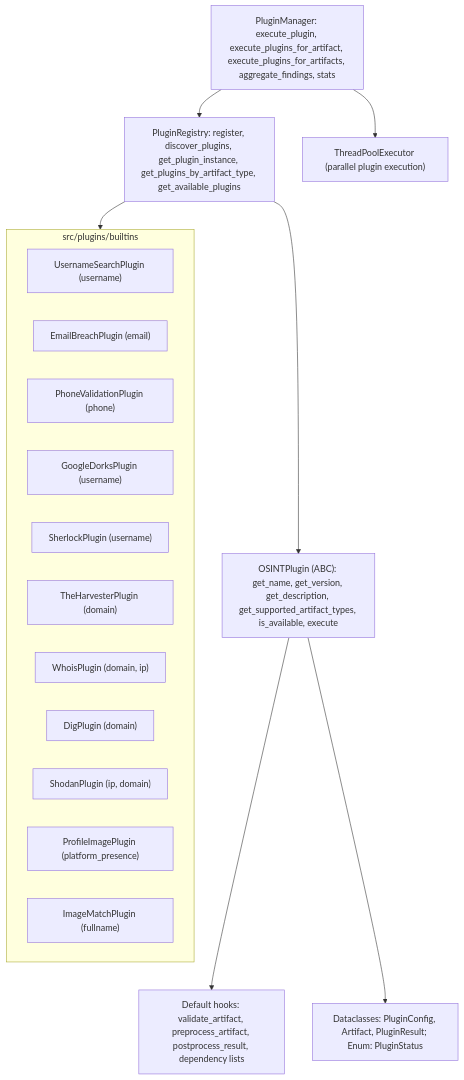
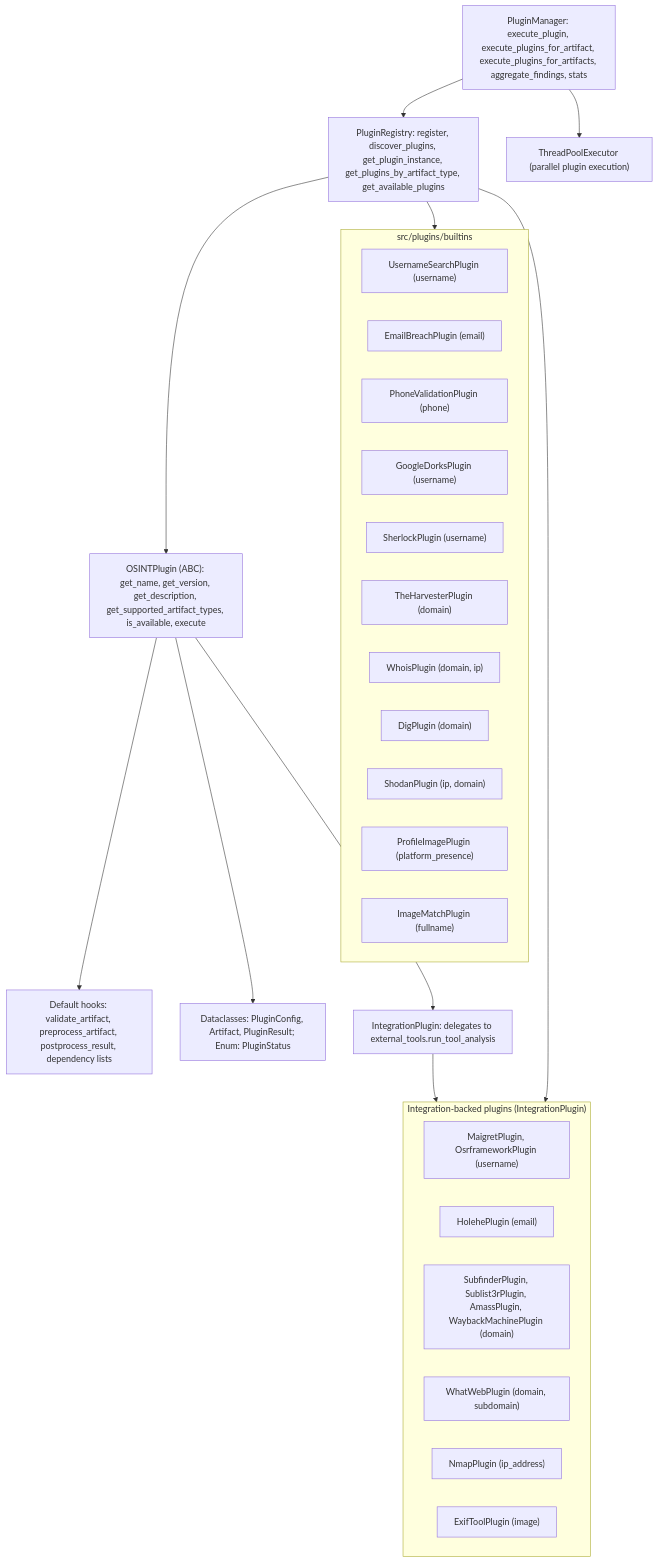
One commit to dhayarajas/gih changed the sixth of 13 diagrams in docs/ARCHITECTURE.md. Above: the diagram before and after it, drawn with Mermaid. The commit also changed other lines of this file and 19 other files, not shown here.

First line of the commit message:
Give every integrated OSINT tool a plugin, and integrate osrframework

````diff
--- a/docs/ARCHITECTURE.md
+++ b/docs/ARCHITECTURE.md
@@ -297,30 +297,44 @@
 ```mermaid
 graph TD
     BASE["OSINTPlugin (ABC): get_name, get_version, get_description, get_supported_artifact_types, is_available, execute"]
     HOOKS["Default hooks: validate_artifact, preprocess_artifact, postprocess_result, dependency lists"]
     TYPES["Dataclasses: PluginConfig, Artifact, PluginResult; Enum: PluginStatus"]
     REG["PluginRegistry: register, discover_plugins, get_plugin_instance, get_plugins_by_artifact_type, get_available_plugins"]
     MAN["PluginManager: execute_plugin, execute_plugins_for_artifact, execute_plugins_for_artifacts, aggregate_findings, stats"]
     POOL["ThreadPoolExecutor (parallel plugin execution)"]
 
     subgraph Builtins["src/plugins/builtins"]
         B1["UsernameSearchPlugin (username)"]
         B2["EmailBreachPlugin (email)"]
         B3["PhoneValidationPlugin (phone)"]
         B4["GoogleDorksPlugin (username)"]
         B5["SherlockPlugin (username)"]
         B6["TheHarvesterPlugin (domain)"]
         B7["WhoisPlugin (domain, ip)"]
         B8["DigPlugin (domain)"]
         B9["ShodanPlugin (ip, domain)"]
         B10["ProfileImagePlugin (platform_presence)"]
         B11["ImageMatchPlugin (fullname)"]
     end
 
+    subgraph IntegrationBacked["Integration-backed plugins (IntegrationPlugin)"]
+        I1["MaigretPlugin, OsrframeworkPlugin (username)"]
+        I2["HolehePlugin (email)"]
+        I3["SubfinderPlugin, Sublist3rPlugin, AmassPlugin, WaybackMachinePlugin (domain)"]
+        I4["WhatWebPlugin (domain, subdomain)"]
+        I5["NmapPlugin (ip_address)"]
+        I6["ExifToolPlugin (image)"]
+    end
+
+    IBASE["IntegrationPlugin: delegates to external_tools.run_tool_analysis"]
+
     BASE --> HOOKS
     BASE --> TYPES
     REG --> BASE
     MAN --> REG
     MAN --> POOL
     REG --> Builtins
+    REG --> IntegrationBacked
+    BASE --> IBASE
+    IBASE --> IntegrationBacked
 ```
````
